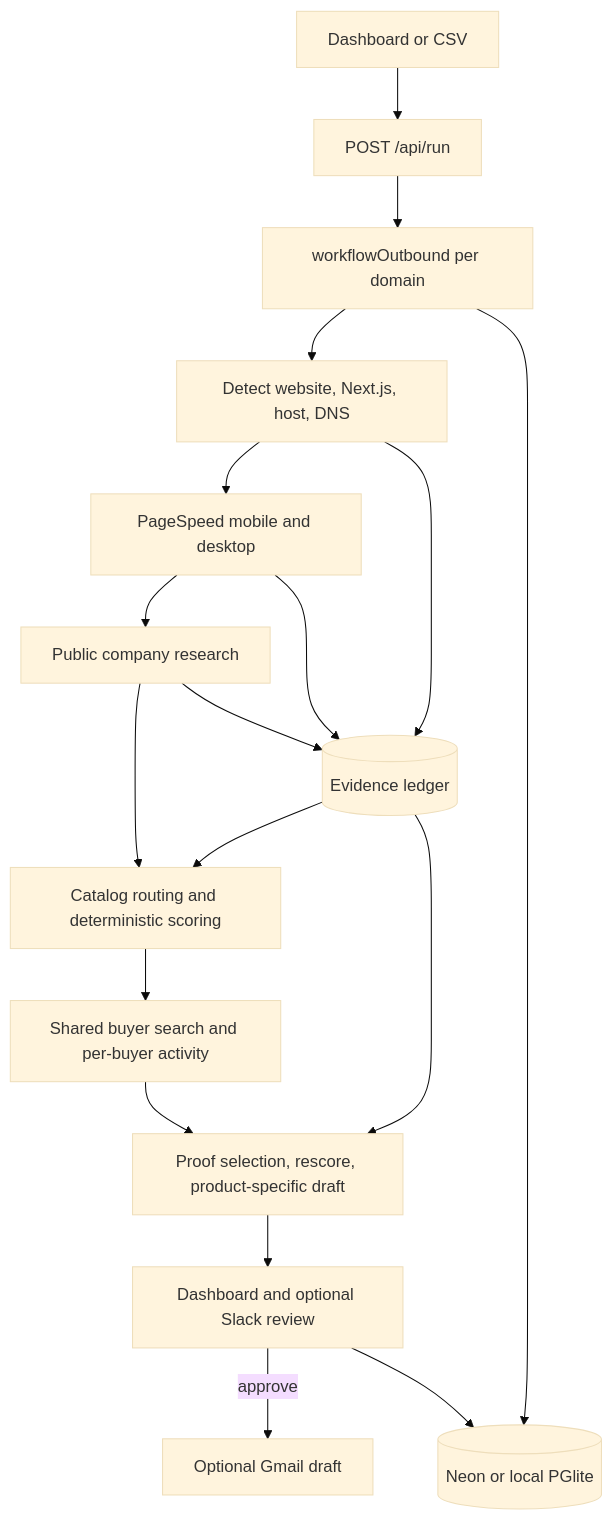
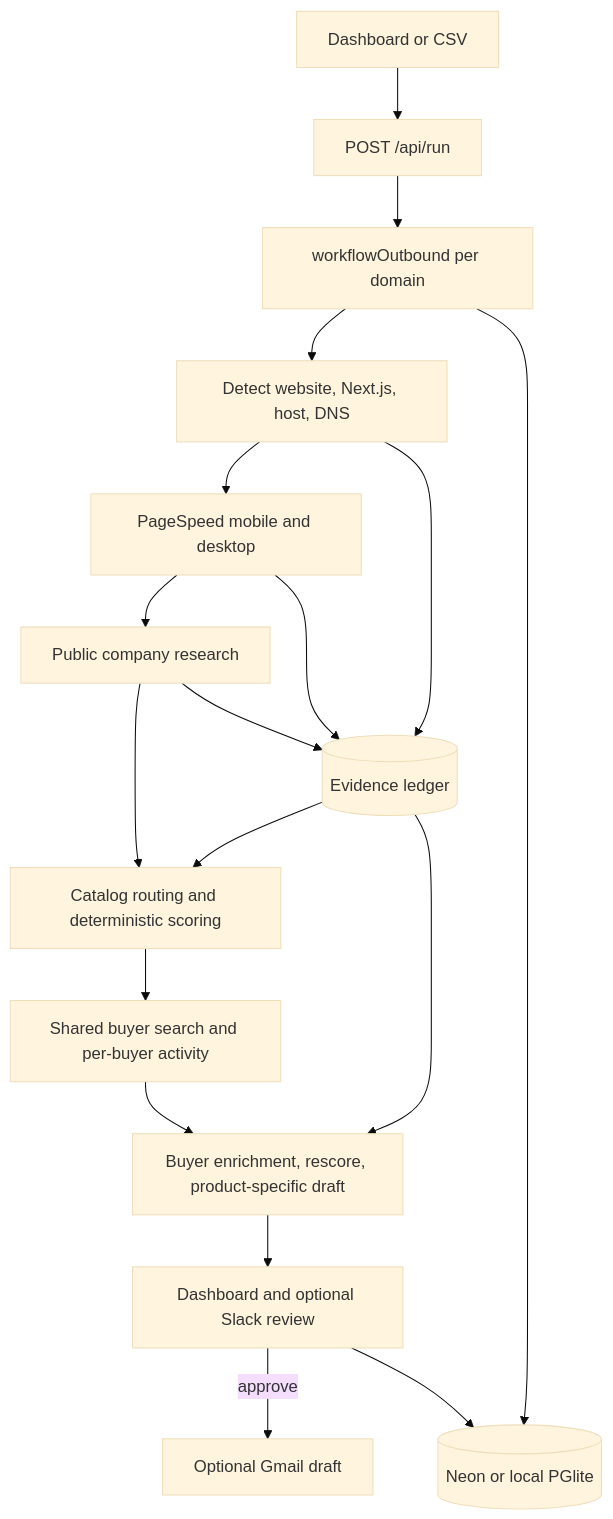
Before and after one commit to alvinalaphat/next-prospect: the diagram in docs/architecture/system.md, drawn with Mermaid (base theme). The commit also changed 14 other files, not shown here.

````diff
--- a/docs/architecture/system.md
+++ b/docs/architecture/system.md
@@ -9,16 +9,16 @@
 ```mermaid
 flowchart TD
   INPUT[Dashboard or CSV] --> RUN[POST /api/run]
   RUN --> WF[workflowOutbound per domain]
   WF --> DETECT[Detect website, Next.js, host, DNS]
   DETECT --> PERF[PageSpeed mobile and desktop]
   PERF --> RESEARCH[Public company research]
   RESEARCH --> PLAN[Catalog routing and deterministic scoring]
   PLAN --> BUYERS[Shared buyer search and per-buyer activity]
-  BUYERS --> ENRICH[Proof selection, rescore, product-specific draft]
+  BUYERS --> ENRICH[Buyer enrichment, rescore, product-specific draft]
   ENRICH --> REVIEW[Dashboard and optional Slack review]
   REVIEW -->|approve| GMAIL[Optional Gmail draft]
   DETECT & PERF & RESEARCH --> LEDGER[(Evidence ledger)]
   LEDGER --> PLAN & ENRICH
   WF & REVIEW --> DB[(Neon or local PGlite)]
 ```
````
